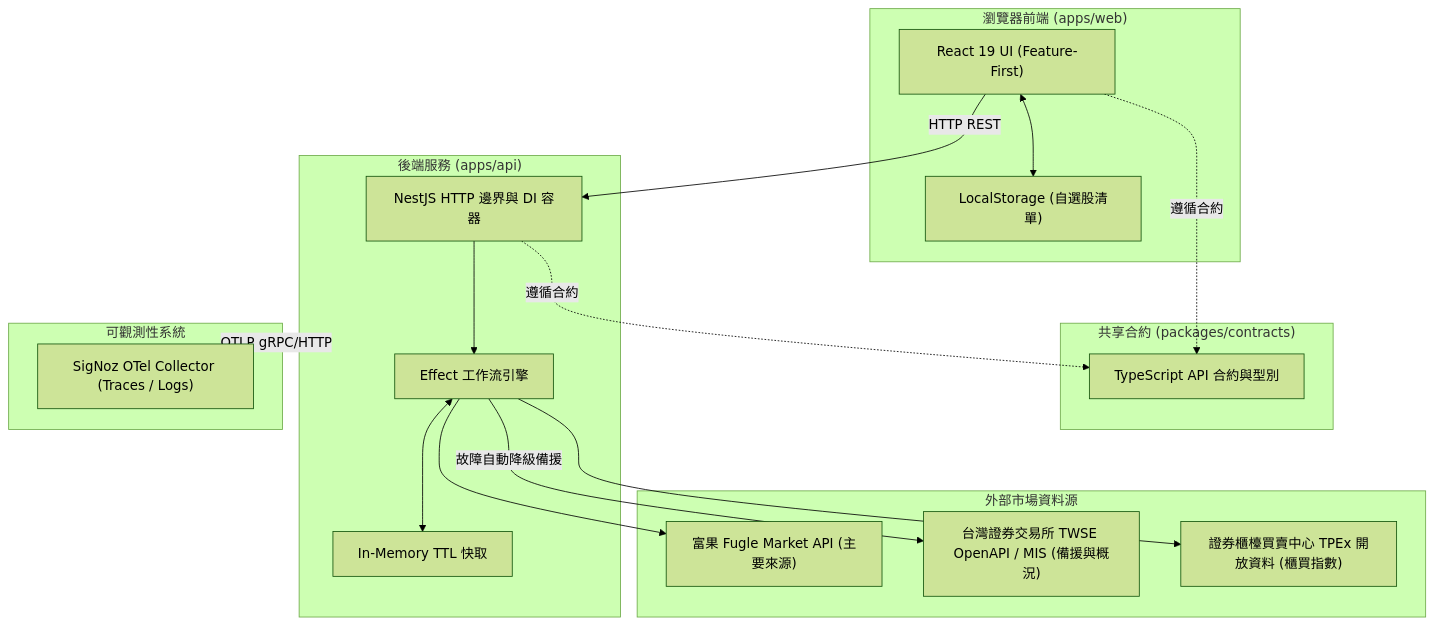
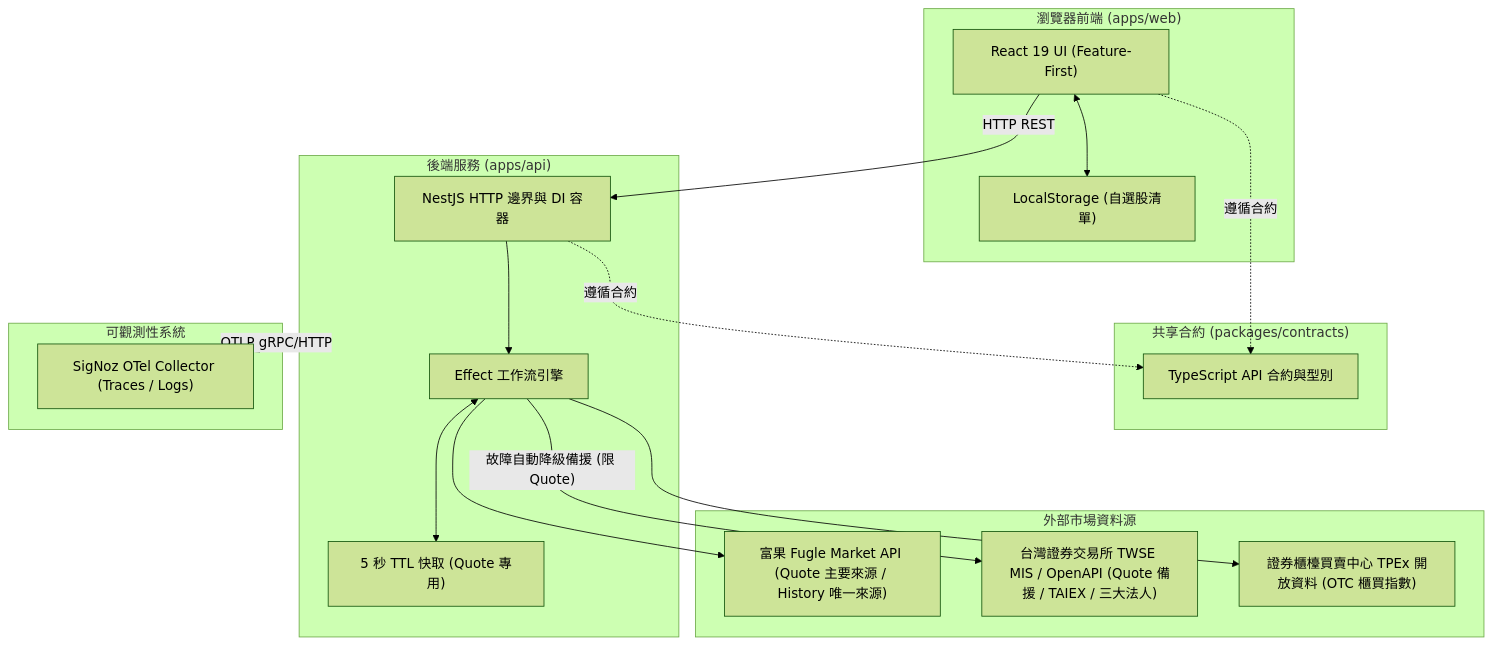
Before and after one commit to jchuder/tw-stock-dashboard: the diagram in README.md, drawn with Mermaid (forest theme). The commit also changed other lines of this file and 1 other file, not shown here.

````diff
--- a/README.md
+++ b/README.md
@@ -29,38 +29,38 @@
 ```mermaid
 flowchart TB
     subgraph Client["瀏覽器前端 (apps/web)"]
         UI["React 19 UI (Feature-First)"]
         LocalStorage["LocalStorage (自選股清單)"]
         UI <--> LocalStorage
     end
 
     subgraph Contracts["共享合約 (packages/contracts)"]
         Types["TypeScript API 合約與型別"]
     end
 
     subgraph Server["後端服務 (apps/api)"]
         Nest["NestJS HTTP 邊界與 DI 容器"]
         EffectEngine["Effect 工作流引擎"]
-        Cache["In-Memory TTL 快取"]
+        QuoteCache["5 秒 TTL 快取 (Quote 專用)"]
         Nest --> EffectEngine
-        EffectEngine <--> Cache
+        EffectEngine <--> QuoteCache
     end
 
     subgraph Upstream["外部市場資料源"]
-        Fugle["富果 Fugle Market API (主要來源)"]
-        TWSE["台灣證券交易所 TWSE OpenAPI / MIS (備援與概況)"]
-        TPEx["證券櫃檯買賣中心 TPEx 開放資料 (櫃買指數)"]
+        Fugle["富果 Fugle Market API (Quote 主要來源 / History 唯一來源)"]
+        TWSE["台灣證券交易所 TWSE MIS / OpenAPI (Quote 備援 / TAIEX / 三大法人)"]
+        TPEx["證券櫃檯買賣中心 TPEx 開放資料 (OTC 櫃買指數)"]
     end
 
     subgraph Telemetry["可觀測性系統"]
         SigNoz["SigNoz OTel Collector (Traces / Logs)"]
     end
 
     UI -- HTTP REST --> Nest
     UI -. 遵循合約 .-> Types
     Nest -. 遵循合約 .-> Types
     EffectEngine --> Fugle
-    EffectEngine -- 故障自動降級備援 --> TWSE
+    EffectEngine -- 故障自動降級備援 (限 Quote) --> TWSE
     EffectEngine --> TPEx
     Server -- OTLP gRPC/HTTP --> SigNoz
 ```
````
